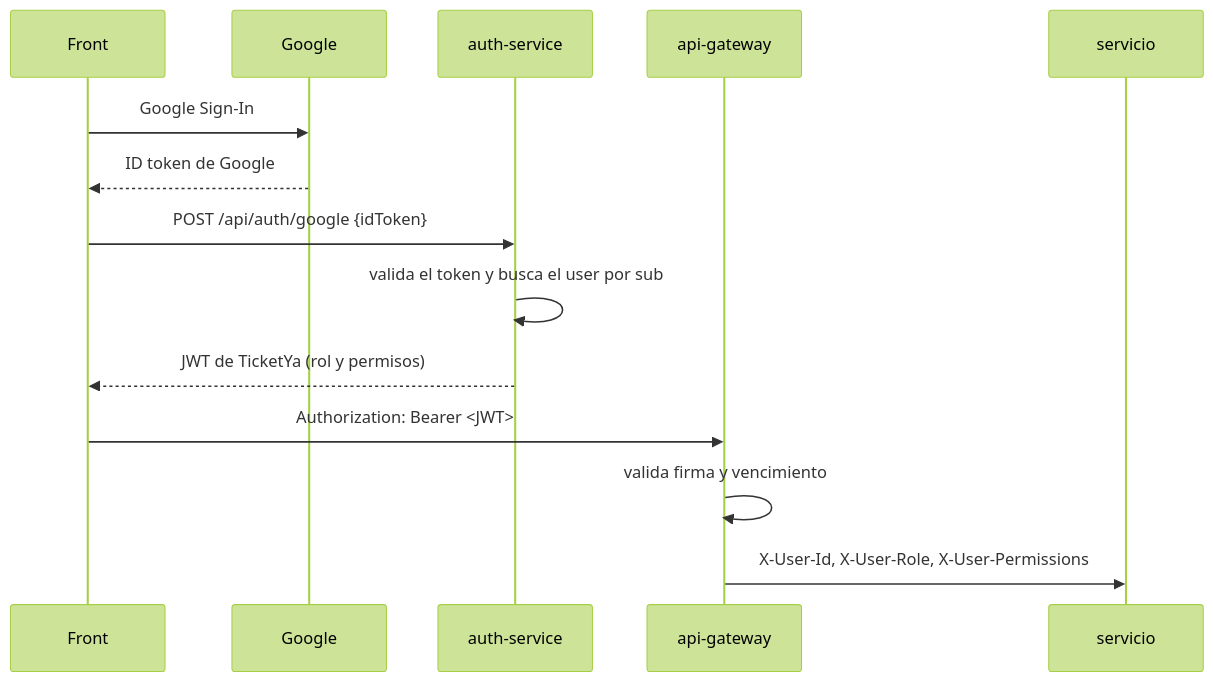
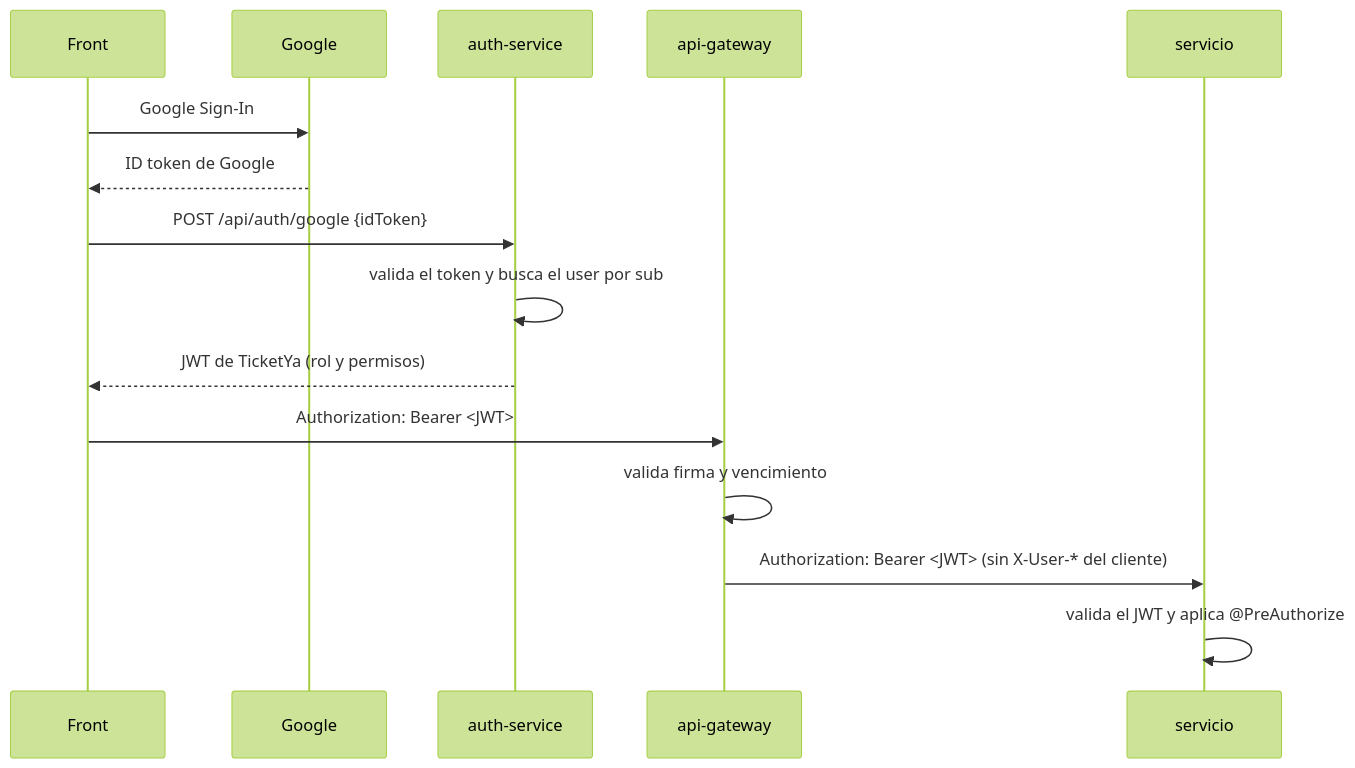
Before and after one commit to joaquinblock/TicketYa: the diagram in docs/rfc/RFC-001-auth-modality.md, drawn with Mermaid (forest theme). The commit also changed other lines of this file and 2 other files, not shown here.

Commit message:
docs: record the JWT design decisions in RFC-001, update US-AUTH-03 and add ADR-001 on the dev profile in Docker

````diff
--- a/docs/rfc/RFC-001-auth-modality.md
+++ b/docs/rfc/RFC-001-auth-modality.md
@@ -41,16 +41,17 @@
 ```mermaid
 sequenceDiagram
     participant F as Front
     participant Go as Google
     participant A as auth-service
     participant G as api-gateway
     participant S as servicio
     F->>Go: Google Sign-In
     Go-->>F: ID token de Google
     F->>A: POST /api/auth/google {idToken}
     A->>A: valida el token y busca el user por sub
     A-->>F: JWT de TicketYa (rol y permisos)
     F->>G: Authorization: Bearer <JWT>
     G->>G: valida firma y vencimiento
-    G->>S: X-User-Id, X-User-Role, X-User-Permissions
+    G->>S: Authorization: Bearer <JWT> (sin X-User-* del cliente)
+    S->>S: valida el JWT y aplica @PreAuthorize
 ```
````
